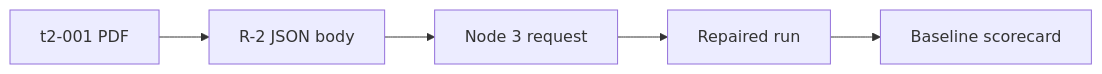
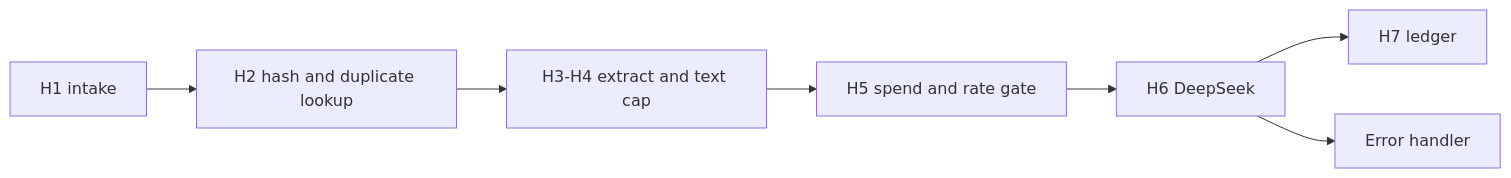
Before and after one commit to beyondalgorithms2026-source/Rescue_Diagnostic: the diagram in .ai/REVIEW.md, drawn with Mermaid. The commit also changed other lines of this file and 5 other files, not shown here.

Commit message:
Implement T9 hardened intake and ledger

````diff
--- a/.ai/REVIEW.md
+++ b/.ai/REVIEW.md
@@ -8,7 +7,5 @@
 ```mermaid
 flowchart LR
-  PDF[t2-001 PDF] --> R2[R-2 JSON body]
-  R2 --> N3[Node 3 request]
-  N3 --> Run[Repaired run]
-  Run --> Score[Baseline scorecard]
+  Intake[H1 intake] --> Hash[H2 hash and duplicate lookup] --> Extract[H3-H4 extract and text cap] --> Gate[H5 spend and rate gate] --> LLM[H6 DeepSeek] --> Ledger[H7 ledger]
+  LLM --> Error[Error handler]
 ```
````
